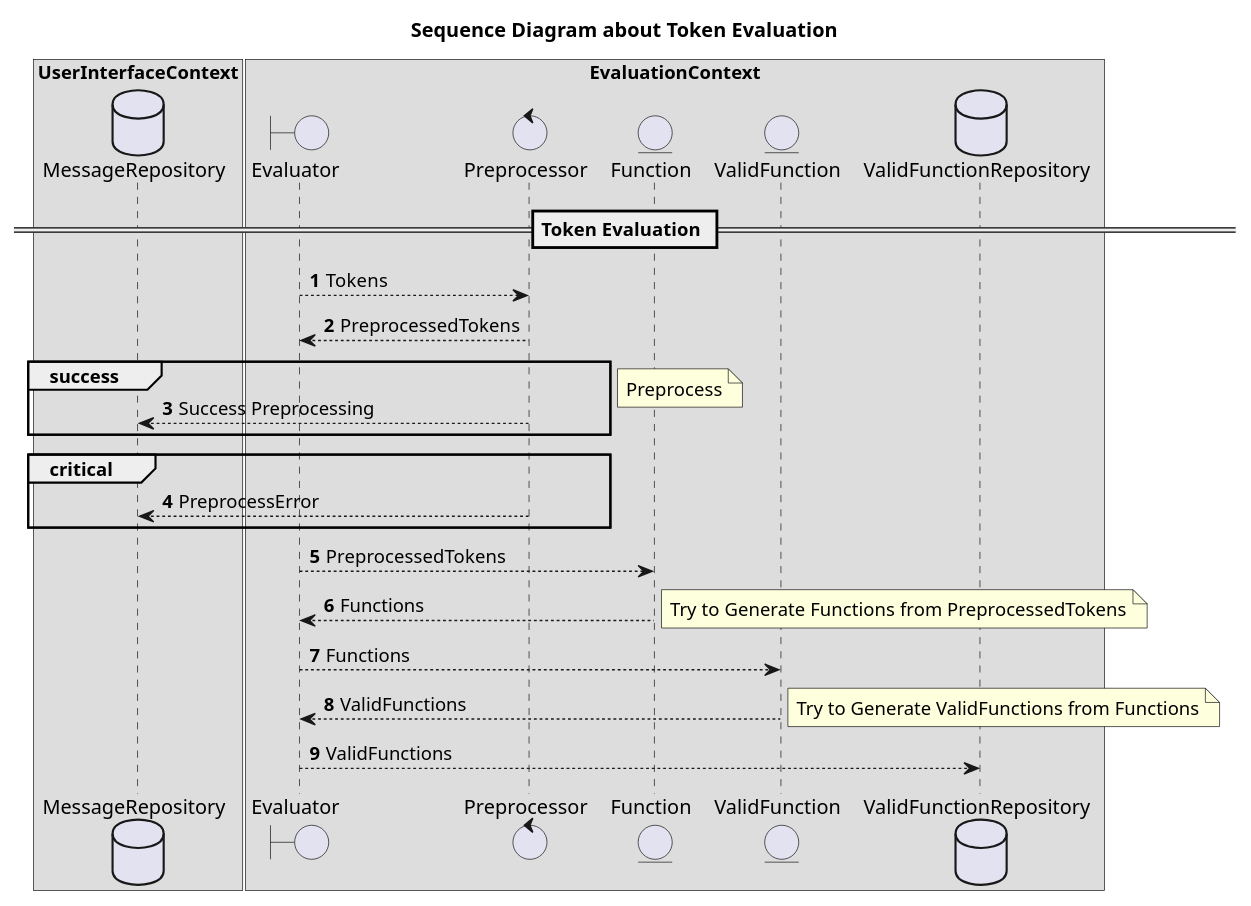
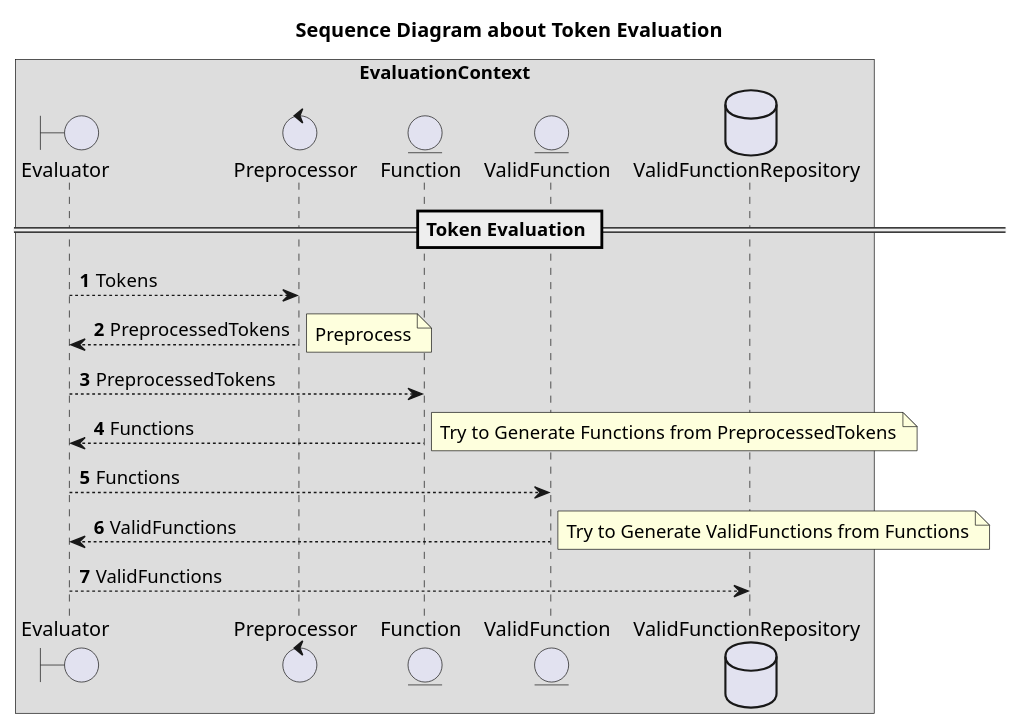
The diagram in design/token_evaluation.pu (megumish/megulang), drawn with PlantUML before and after one commit. The commit also changed 3 other files, not shown here.

```diff
--- a/design/token_evaluation.pu
+++ b/design/token_evaluation.pu
@@ -1,43 +1,31 @@
 @startuml
 title Sequence Diagram about Token Evaluation
 autonumber
-
-database MessageRepository
 
 boundary Evaluator
 control Preprocessor
 entity Function
 entity ValidFunction
 database ValidFunctionRepository
-
-box UserInterfaceContext
-    participant MessageRepository
-end box
 
 box EvaluationContext
     participant Evaluator
     participant Preprocessor
     participant Function
     participant ValidFunction
     participant ValidFunctionRepository
 end box
 
 == Token Evaluation ==
 Evaluator --> Preprocessor: Tokens
 Evaluator <-- Preprocessor: PreprocessedTokens
-group success
-Preprocessor --> MessageRepository: Success Preprocessing
-end
 note right: Preprocess
-critical
-Preprocessor --> MessageRepository: PreprocessError
-end
 Evaluator --> Function: PreprocessedTokens
 Evaluator <-- Function: Functions
 note right: Try to Generate Functions from PreprocessedTokens
 Evaluator --> ValidFunction: Functions
 Evaluator <-- ValidFunction: ValidFunctions
 note right: Try to Generate ValidFunctions from Functions
 Evaluator --> ValidFunctionRepository: ValidFunctions
 
 @enduml
```
